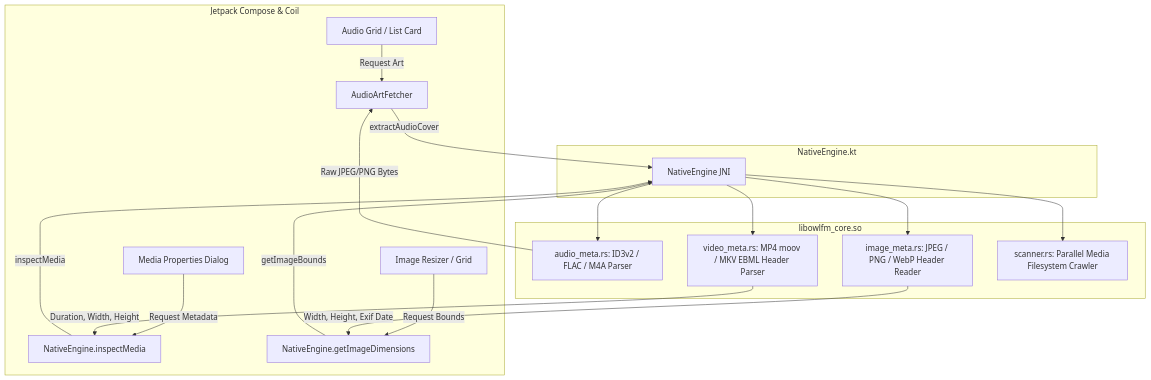
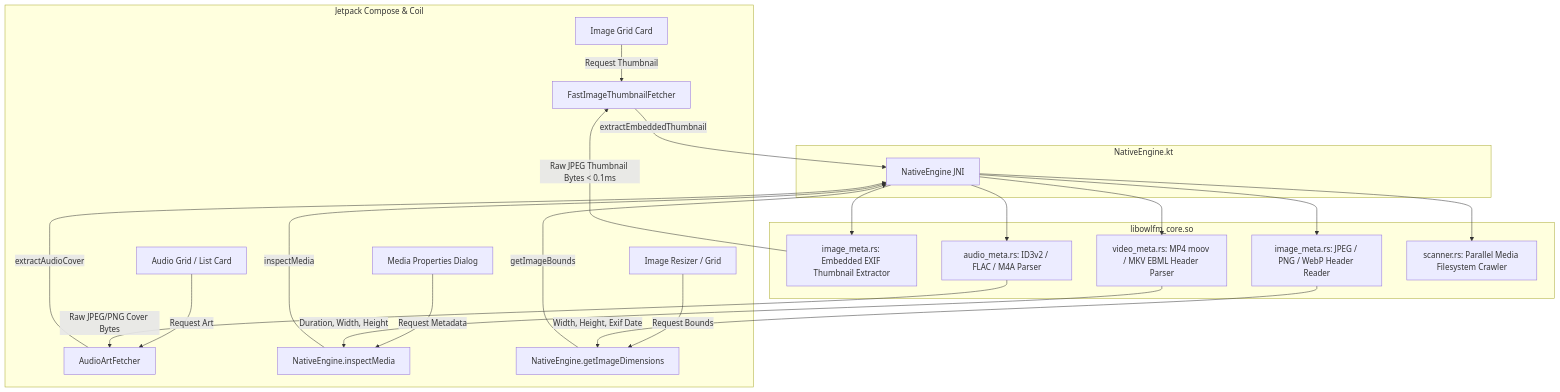
One commit to longlh4c/file-manager-apk changed the diagram in docs/RUST_MEDIA_ENGINE_PLAN.md. Above: the diagram before and after it, drawn with Mermaid. The commit also changed other lines of this file, not shown here.

Commit message:
docs: update media engine plan with embedded EXIF thumbnail extractor for fast image browsing

````diff
--- a/docs/RUST_MEDIA_ENGINE_PLAN.md
+++ b/docs/RUST_MEDIA_ENGINE_PLAN.md
@@ -17,25 +18,29 @@
 ```mermaid
 flowchart TD
     subgraph UI & Image Loader Layer [Jetpack Compose & Coil]
-        A1[Audio Grid / List Card] -->|Request Art| B1[AudioArtFetcher]
-        A2[Media Properties Dialog] -->|Request Metadata| B2[NativeEngine.inspectMedia]
-        A3[Image Resizer / Grid] -->|Request Bounds| B3[NativeEngine.getImageDimensions]
+        A1[Image Grid Card] -->|Request Thumbnail| B0[FastImageThumbnailFetcher]
+        A2[Audio Grid / List Card] -->|Request Art| B1[AudioArtFetcher]
+        A3[Media Properties Dialog] -->|Request Metadata| B2[NativeEngine.inspectMedia]
+        A4[Image Resizer / Grid] -->|Request Bounds| B3[NativeEngine.getImageDimensions]
     end
 
     subgraph JNI Bridge Layer [NativeEngine.kt]
-        B1 -->|extractAudioCover| C1[NativeEngine JNI]
+        B0 -->|extractEmbeddedThumbnail| C1[NativeEngine JNI]
+        B1 -->|extractAudioCover| C1
         B2 -->|inspectMedia| C1
         B3 -->|getImageBounds| C1
     end
 
     subgraph Rust Core Engine [libowlfm_core.so]
+        C1 --> D0[image_meta.rs: Embedded EXIF Thumbnail Extractor]
         C1 --> D1[audio_meta.rs: ID3v2 / FLAC / M4A Parser]
         C1 --> D2[image_meta.rs: JPEG / PNG / WebP Header Reader]
         C1 --> D3[video_meta.rs: MP4 moov / MKV EBML Header Parser]
         C1 --> D4[scanner.rs: Parallel Media Filesystem Crawler]
     end
 
-    D1 -->|Raw JPEG/PNG Bytes| B1
+    D0 -->|Raw JPEG Thumbnail Bytes < 0.1ms| B0
+    D1 -->|Raw JPEG/PNG Cover Bytes| B1
     D2 -->|Width, Height, Exif Date| B3
     D3 -->|Duration, Width, Height| B2
 ```
````
